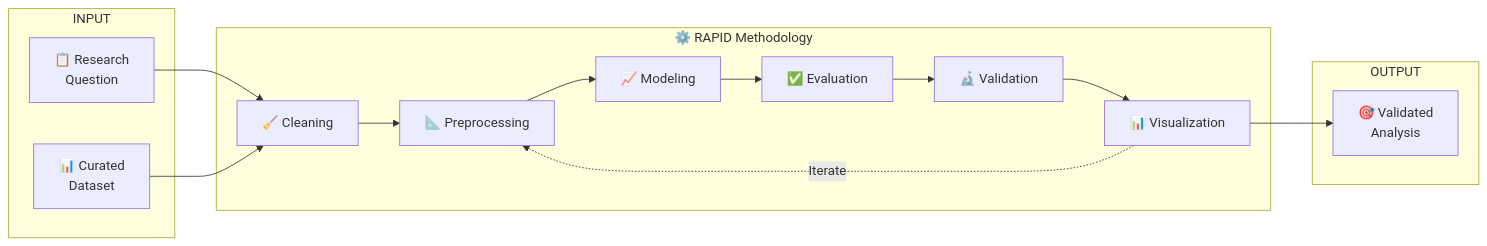
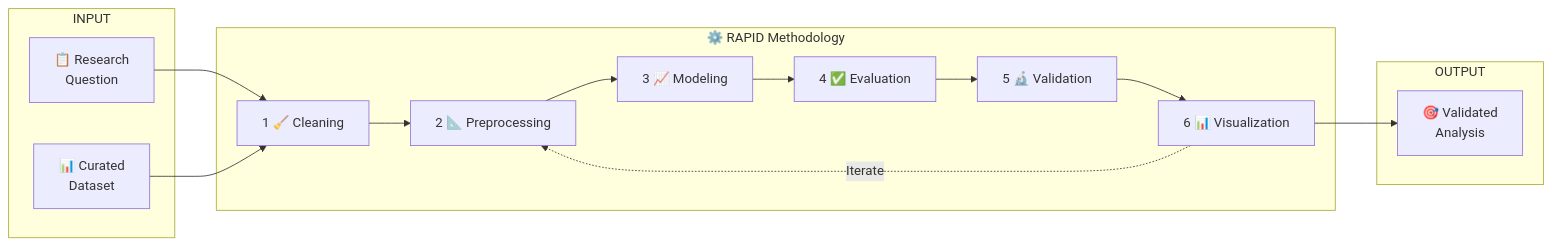
One commit to noispuc/isaric3.0-rapid changed the diagram in docs/index.md. Above: the diagram before and after it, drawn with Mermaid. The commit also changed other lines of this file and 2 other files, not shown here.

Commit message:
fix website names, revert index change
revert index enumerated list to bullet point

add enumeration to mermaid nodes as per issue i.8

enumerate mermaid nodes as per issue i.10

````diff
--- a/docs/index.md
+++ b/docs/index.md
@@ -15,24 +17,24 @@
 ```mermaid
 graph LR
     subgraph INPUT
         A[📋 Research<br/>Question]
         B[📊 Curated<br/>Dataset]
     end
     
     subgraph PROCESS["⚙️ RAPID Methodology"]
-        C1[🧹 Cleaning] --> C2[📐 Preprocessing]
-        C2 --> C3[📈 Modeling]
-        C3 --> C4[✅ Evaluation]
-        C4 --> C5[🔬 Validation]
-        C5 --> C6[📊 Visualization]
+        C1[1 🧹 Cleaning] --> C2[2 📐 Preprocessing]
+        C2 --> C3[3 📈 Modeling]
+        C3 --> C4[4 ✅ Evaluation]
+        C4 --> C5[5 🔬 Validation]
+        C5 --> C6[6 📊 Visualization]
         C6 -.->|Iterate| C2
     end
     
     subgraph OUTPUT
         D[🎯 Validated<br/>Analysis]
     end
-    
+
     A --> C1
     B --> C1
     C6 --> D
 ```
````
